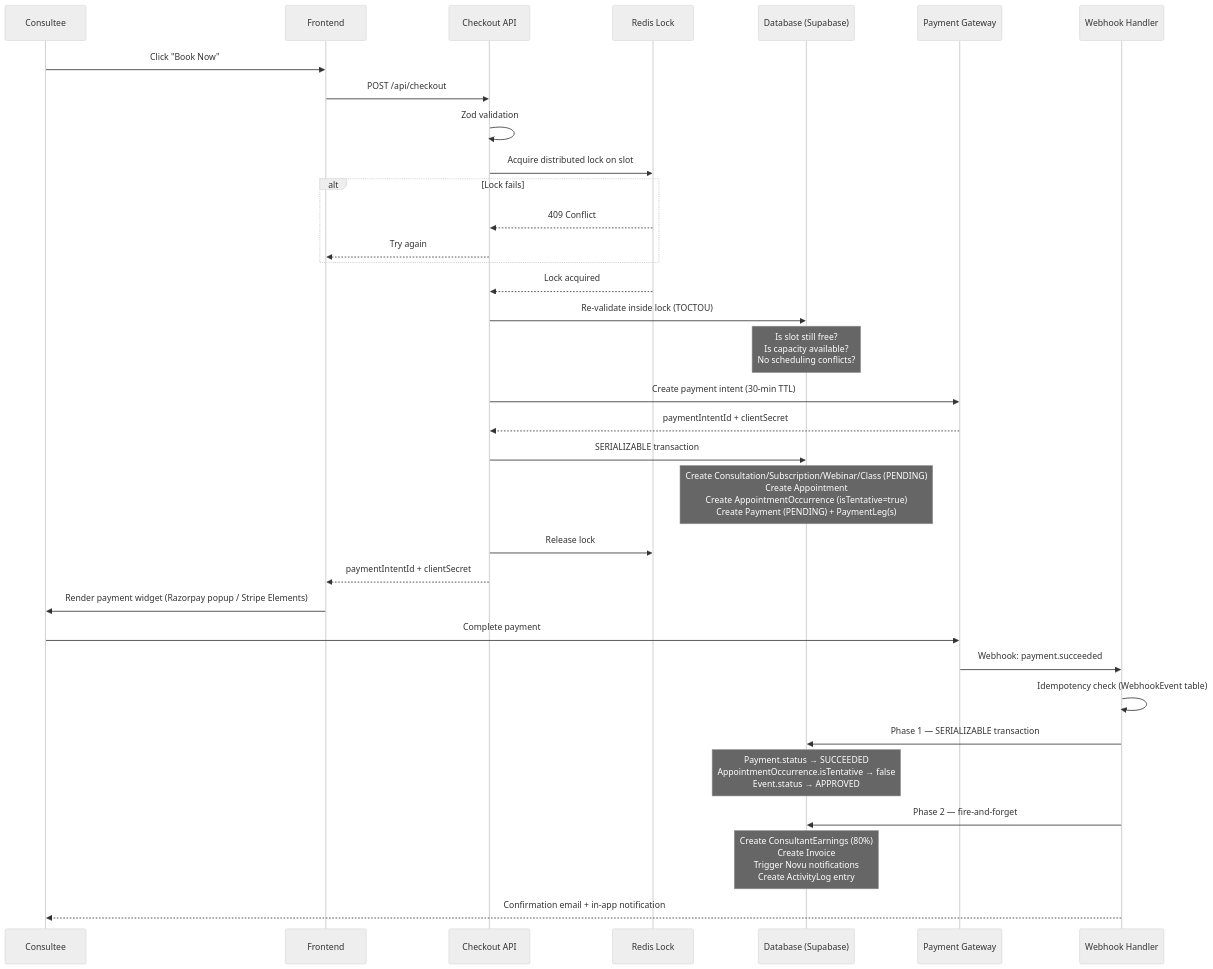
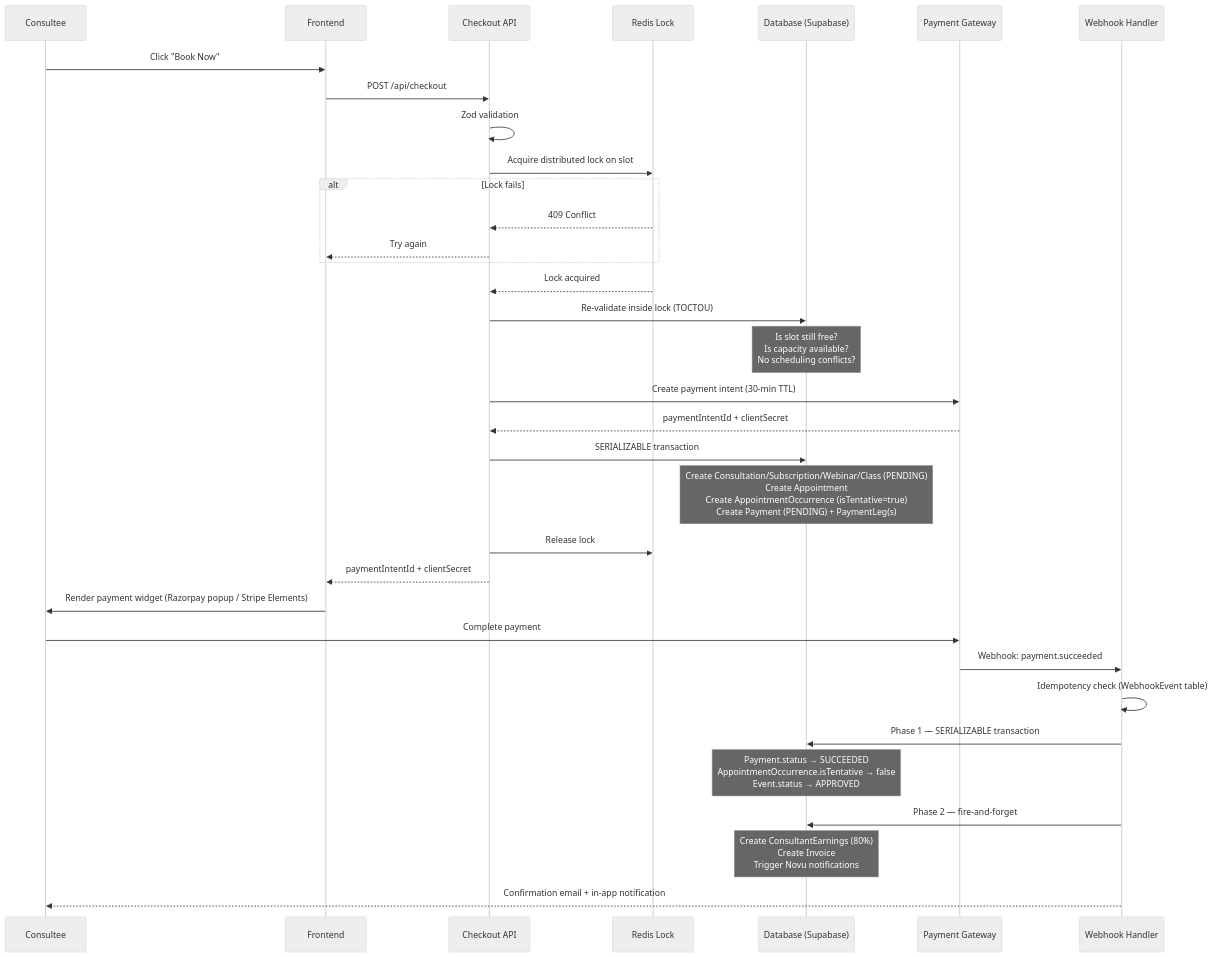
One commit to Practitionist/familiarise_web changed the sixth of 19 diagrams in docs/architecture/product-flow-map.md. Above: the diagram before and after it, drawn with Mermaid (neutral theme). The commit also changed 33 other files, not shown here.

````diff
--- a/docs/architecture/product-flow-map.md
+++ b/docs/architecture/product-flow-map.md
@@ -144,47 +144,47 @@
 ```mermaid
 sequenceDiagram
     participant C as Consultee
     participant FE as Frontend
     participant API as Checkout API
     participant Redis as Redis Lock
     participant DB as Database (Supabase)
     participant GW as Payment Gateway
     participant WH as Webhook Handler
 
     C->>FE: Click "Book Now"
     FE->>API: POST /api/checkout
     API->>API: Zod validation
 
     API->>Redis: Acquire distributed lock on slot
     alt Lock fails
         Redis-->>API: 409 Conflict
         API-->>FE: Try again
     end
     Redis-->>API: Lock acquired
 
     API->>DB: Re-validate inside lock (TOCTOU)
     Note over DB: Is slot still free?<br/>Is capacity available?<br/>No scheduling conflicts?
 
     API->>GW: Create payment intent (30-min TTL)
     GW-->>API: paymentIntentId + clientSecret
 
     API->>DB: SERIALIZABLE transaction
     Note over DB: Create Consultation/Subscription/Webinar/Class (PENDING)<br/>Create Appointment<br/>Create AppointmentOccurrence (isTentative=true)<br/>Create Payment (PENDING) + PaymentLeg(s)
 
     API->>Redis: Release lock
     API-->>FE: paymentIntentId + clientSecret
 
     FE->>C: Render payment widget (Razorpay popup / Stripe Elements)
     C->>GW: Complete payment
 
     GW->>WH: Webhook: payment.succeeded
     WH->>WH: Idempotency check (WebhookEvent table)
 
     WH->>DB: Phase 1 — SERIALIZABLE transaction
     Note over DB: Payment.status → SUCCEEDED<br/>AppointmentOccurrence.isTentative → false<br/>Event.status → APPROVED
 
     WH->>DB: Phase 2 — fire-and-forget
-    Note over DB: Create ConsultantEarnings (80%)<br/>Create Invoice<br/>Trigger Novu notifications<br/>Create ActivityLog entry
+    Note over DB: Create ConsultantEarnings (80%)<br/>Create Invoice<br/>Trigger Novu notifications
 
     WH-->>C: Confirmation email + in-app notification
 ```
````
